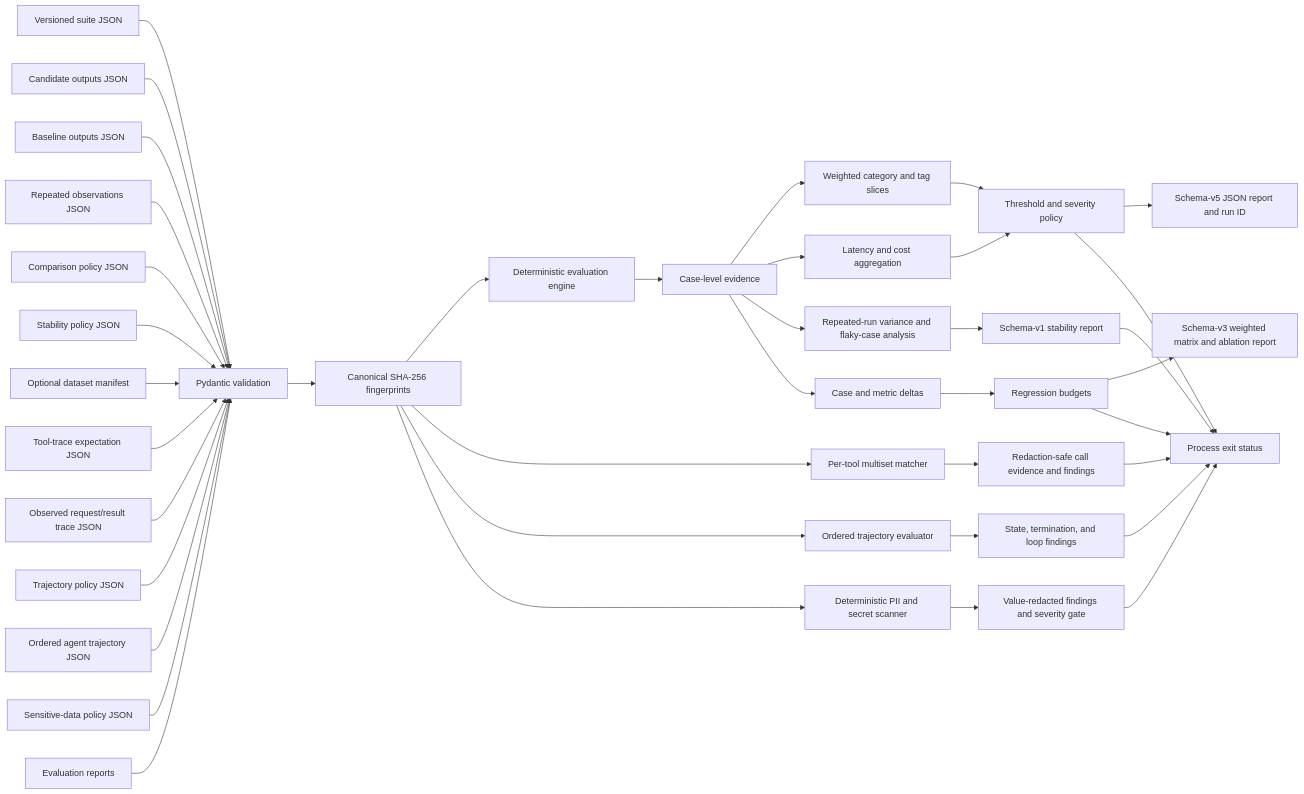
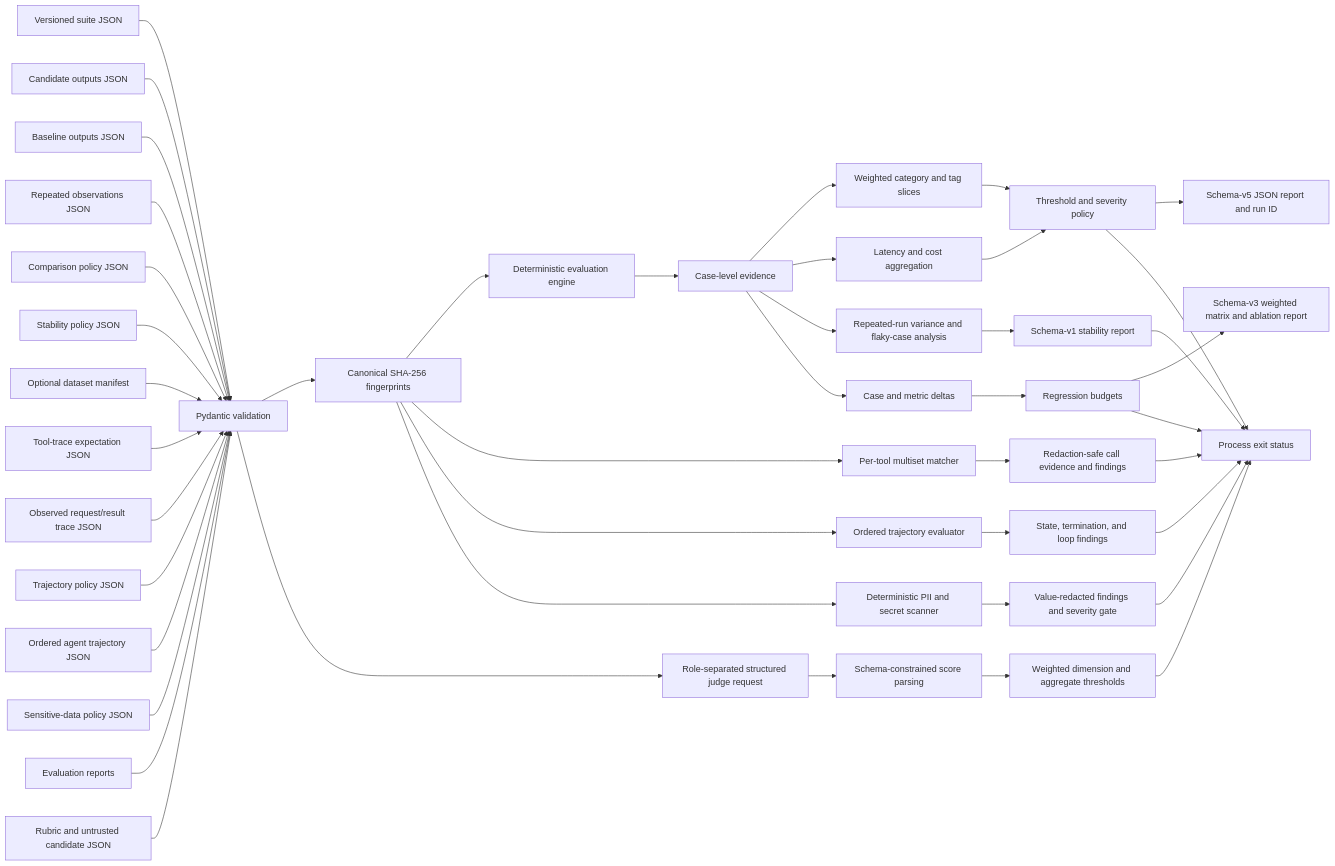
One commit to navaneeth9908/evalforge changed the first of 2 diagrams in docs/architecture.md. Above: the diagram before and after it, drawn with Mermaid. The commit also changed other lines of this file and 11 other files, not shown here.

Commit message:
add structured rubric judging

````diff
--- a/docs/architecture.md
+++ b/docs/architecture.md
@@ -7,41 +7,46 @@
 ```mermaid
 flowchart LR
     S[Versioned suite JSON] --> V[Pydantic validation]
     O[Candidate outputs JSON] --> V
     B[Baseline outputs JSON] --> V
     N[Repeated observations JSON] --> V
     C[Comparison policy JSON] --> V
     Y[Stability policy JSON] --> V
     M[Optional dataset manifest] --> V
     U[Tool-trace expectation JSON] --> V
     K[Observed request/result trace JSON] --> V
     TP[Trajectory policy JSON] --> V
     AT[Ordered agent trajectory JSON] --> V
     SD[Sensitive-data policy JSON] --> V
     ER[Evaluation reports] --> V
+    RB[Rubric and untrusted candidate JSON] --> V
     V --> H[Canonical SHA-256 fingerprints]
+    V --> SJ[Role-separated structured judge request]
+    SJ --> JS[Schema-constrained score parsing]
+    JS --> JW[Weighted dimension and aggregate thresholds]
+    JW --> X
     H --> E[Deterministic evaluation engine]
     H --> L[Per-tool multiset matcher]
     H --> TE[Ordered trajectory evaluator]
     TE --> TF[State, termination, and loop findings]
     TF --> X[Process exit status]
     H --> LS[Deterministic PII and secret scanner]
     LS --> LF[Value-redacted findings and severity gate]
     LF --> X
     L --> F[Redaction-safe call evidence and findings]
     F --> X[Process exit status]
     E --> R[Case-level evidence]
     R --> W[Weighted category and tag slices]
     R --> P[Latency and cost aggregation]
     R --> T[Repeated-run variance and flaky-case analysis]
     W --> G[Threshold and severity policy]
     P --> G
     G --> J[Schema-v5 JSON report and run ID]
     G --> X[Process exit status]
     R --> D[Case and metric deltas]
     D --> Q[Regression budgets]
     Q --> A[Schema-v3 weighted matrix and ablation report]
     T --> Z[Schema-v1 stability report]
     Z --> X
     Q --> X
 ```
````
